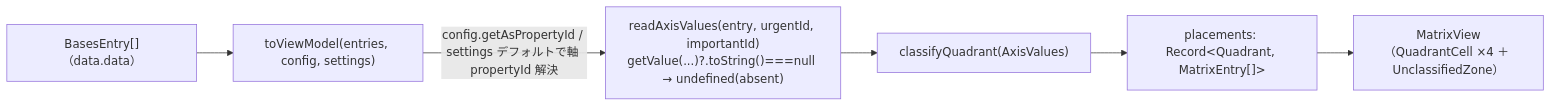
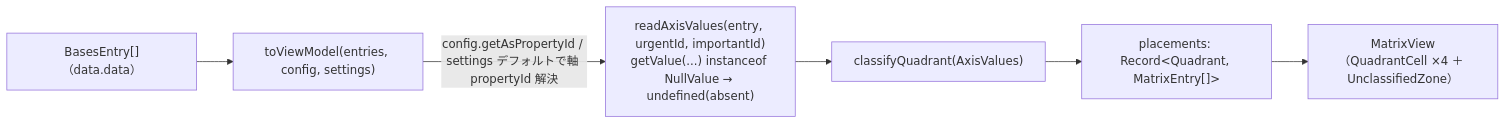
The third of 4 diagrams in docs/design/ui.md (nakaba-lab/eisenhower-bases-view), drawn with Mermaid before and after one commit. The commit also changed other lines of this file and 10 other files, not shown here.

First line of the commit message:
fix(bases): 軸 absent を instanceof NullValue で判定し未分類への退避を是正

````diff
--- a/docs/design/ui.md
+++ b/docs/design/ui.md
@@ -73,8 +73,8 @@
 ```mermaid
 flowchart LR
     E["BasesEntry[]（data.data）"] --> R["toViewModel(entries, config, settings)"]
-    R -->|config.getAsPropertyId / settings デフォルトで軸 propertyId 解決| RA["readAxisValues(entry, urgentId, importantId)<br/>getValue(...)?.toString()===null → undefined(absent)"]
+    R -->|config.getAsPropertyId / settings デフォルトで軸 propertyId 解決| RA["readAxisValues(entry, urgentId, importantId)<br/>getValue(...) instanceof NullValue → undefined(absent)"]
     RA --> C["classifyQuadrant(AxisValues)"]
     C --> P["placements: Record&lt;Quadrant, MatrixEntry[]&gt;"]
     P --> UI["MatrixView（QuadrantCell ×4 ＋ UnclassifiedZone）"]
 ```
````
